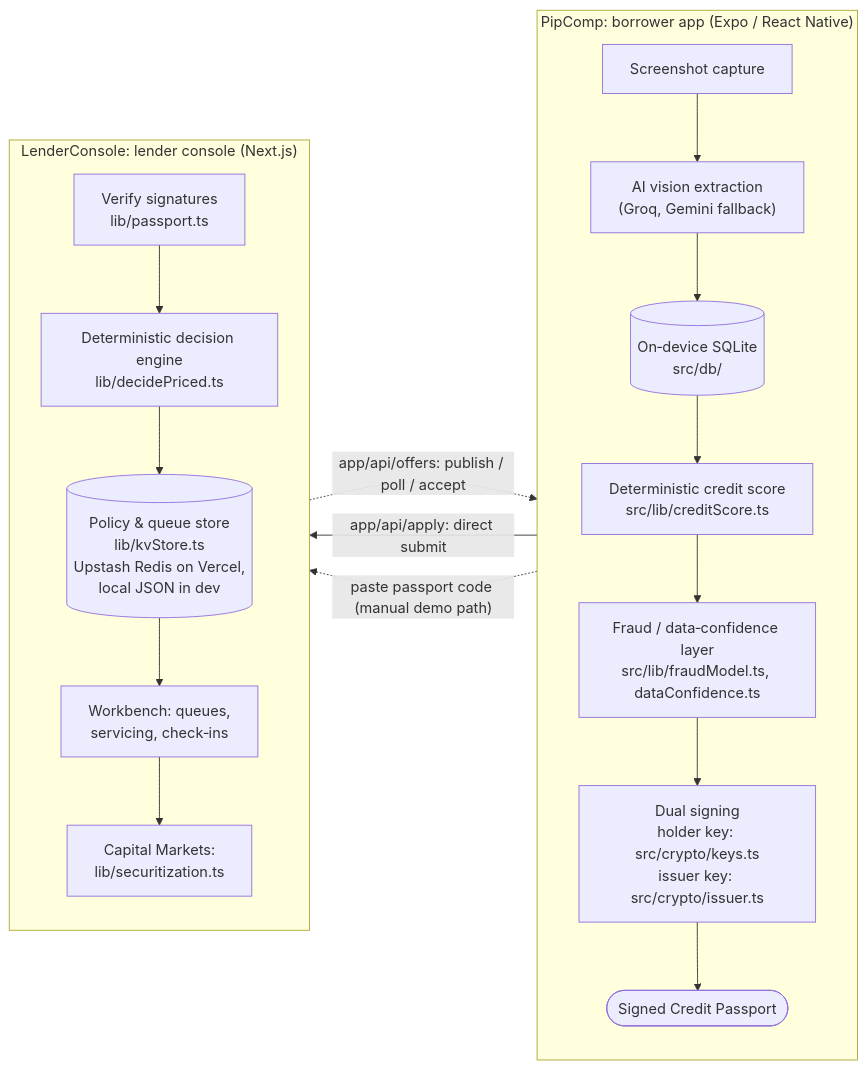
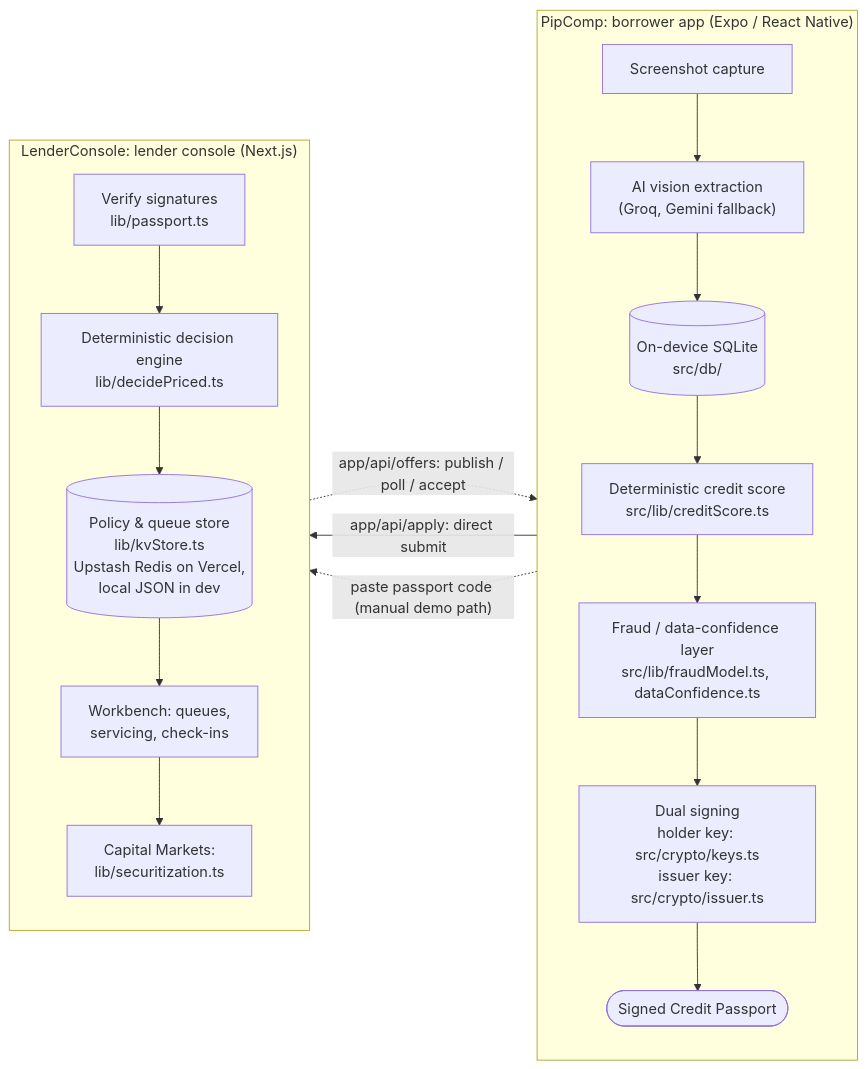
The diagram in README.md (yabgzichien/MAICComp), drawn with Mermaid before and after one commit. The commit also changed other lines of this file and 4 other files, not shown here.

````diff
--- a/README.md
+++ b/README.md
@@ -107,24 +165,24 @@
 ```mermaid
 flowchart LR
     subgraph Borrower["PipComp: borrower app (Expo / React Native)"]
         direction TB
         Cap["Screenshot capture"] --> Vision["AI vision extraction<br/>(Groq, Gemini fallback)"]
-        Vision --> DB[("On‑device SQLite<br/>src/db/")]
+        Vision --> DB[("On-device SQLite<br/>src/db/")]
         DB --> Score["Deterministic credit score<br/>src/lib/creditScore.ts"]
-        Score --> Fraud["Fraud / data‑confidence layer<br/>src/lib/fraudModel.ts, dataConfidence.ts"]
+        Score --> Fraud["Fraud / data-confidence layer<br/>src/lib/fraudModel.ts, dataConfidence.ts"]
         Fraud --> Sign["Dual signing<br/>holder key: src/crypto/keys.ts<br/>issuer key: src/crypto/issuer.ts"]
         Sign --> Passport(["Signed Credit Passport"])
     end
 
     subgraph Lender["LenderConsole: lender console (Next.js)"]
         direction TB
         Verify["Verify signatures<br/>lib/passport.ts"] --> Decide["Deterministic decision engine<br/>lib/decidePriced.ts"]
         Decide --> Store[("Policy & queue store<br/>lib/kvStore.ts<br/>Upstash Redis on Vercel,<br/>local JSON in dev")]
-        Store --> Work["Workbench: queues,<br/>servicing, check‑ins"]
+        Store --> Work["Workbench: queues,<br/>servicing, check-ins"]
         Work --> Capital["Capital Markets:<br/>lib/securitization.ts"]
     end
 
     Passport -->|"app/api/apply: direct submit"| Verify
     Passport -.->|"paste passport code (manual demo path)"| Verify
     Store -.->|"app/api/offers: publish / poll / accept"| Passport
 ```
````
